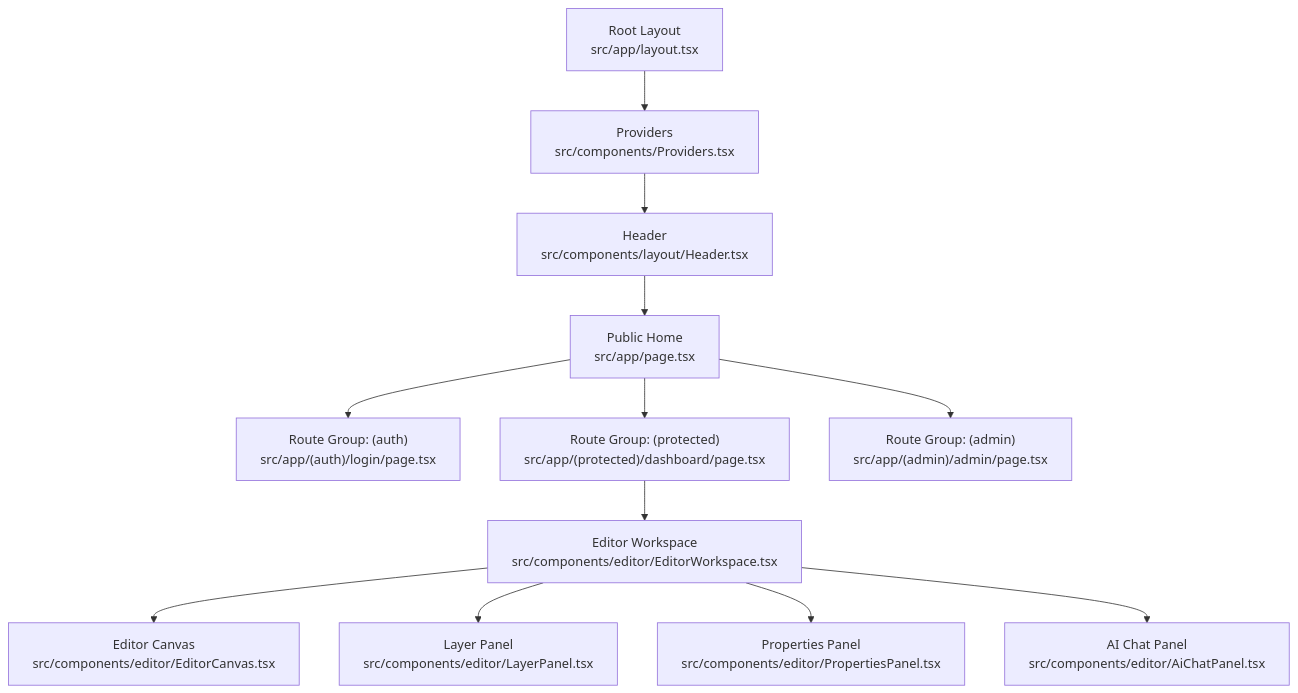
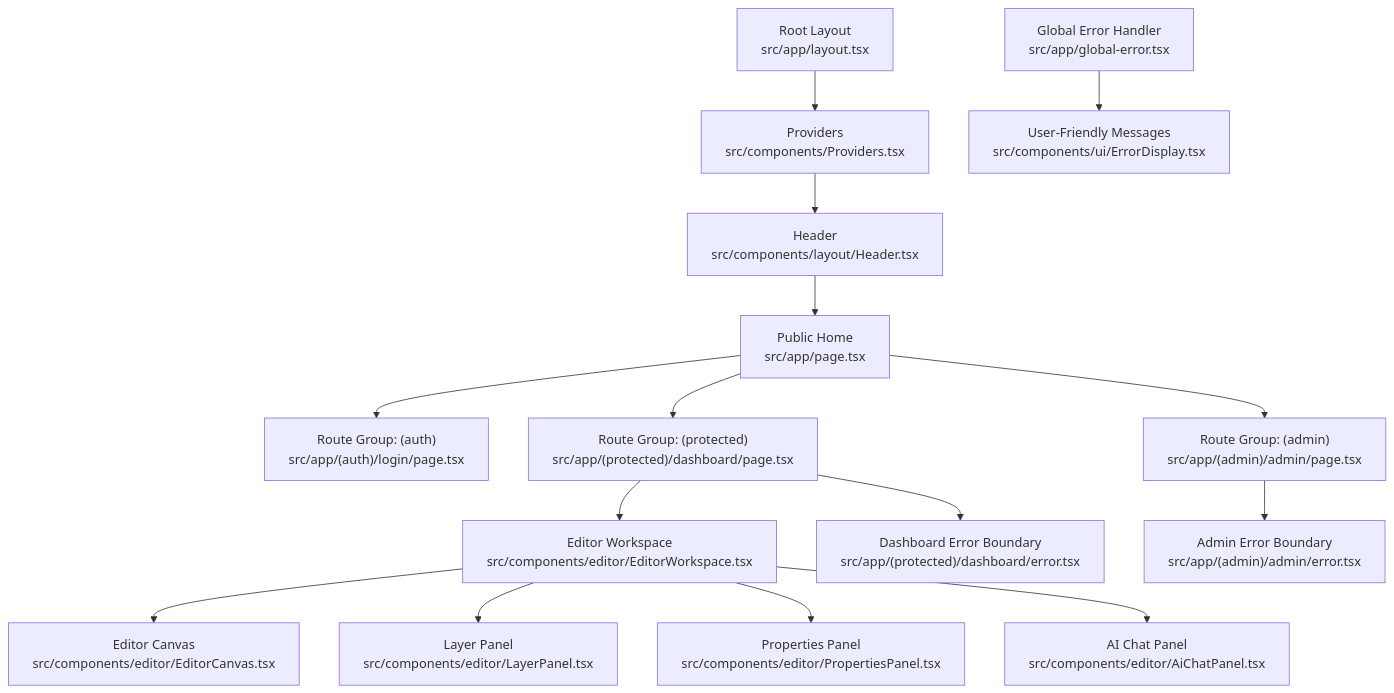
One commit to Crowdspender/titchybooks-app changed the first of 18 diagrams in .qoder/repowiki/en/content/Architecture Overview/Frontend Architecture/Frontend Architecture.md. Above: the diagram before and after it, drawn with Mermaid. The commit also changed other lines of this file and 8 other files, not shown here.

Commit message:
docs: reconcile repowiki with proxy.ts migration, PostgreSQL, and safe ErrorDisplay copy

````diff
--- a/.qoder/repowiki/en/content/Architecture Overview/Frontend Architecture/Frontend Architecture.md
+++ b/.qoder/repowiki/en/content/Architecture Overview/Frontend Architecture/Frontend Architecture.md
@@ -73,14 +80,17 @@
 ```mermaid
 graph TB
 A["Root Layout<br/>src/app/layout.tsx"] --> B["Providers<br/>src/components/Providers.tsx"]
 B --> C["Header<br/>src/components/layout/Header.tsx"]
 C --> D["Public Home<br/>src/app/page.tsx"]
 D --> E["Route Group: (auth)<br/>src/app/(auth)/login/page.tsx"]
 D --> F["Route Group: (protected)<br/>src/app/(protected)/dashboard/page.tsx"]
 D --> G["Route Group: (admin)<br/>src/app/(admin)/admin/page.tsx"]
 F --> H["Editor Workspace<br/>src/components/editor/EditorWorkspace.tsx"]
 H --> I["Editor Canvas<br/>src/components/editor/EditorCanvas.tsx"]
 H --> J["Layer Panel<br/>src/components/editor/LayerPanel.tsx"]
 H --> K["Properties Panel<br/>src/components/editor/PropertiesPanel.tsx"]
 H --> L["AI Chat Panel<br/>src/components/editor/AiChatPanel.tsx"]
+F --> M["Dashboard Error Boundary<br/>src/app/(protected)/dashboard/error.tsx"]
+G --> N["Admin Error Boundary<br/>src/app/(admin)/admin/error.tsx"]
+O["Global Error Handler<br/>src/app/global-error.tsx"] --> P["User-Friendly Messages<br/>src/components/ui/ErrorDisplay.tsx"]
 ```
````
